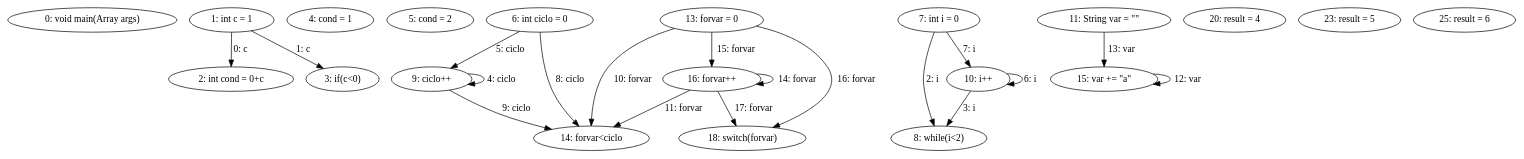
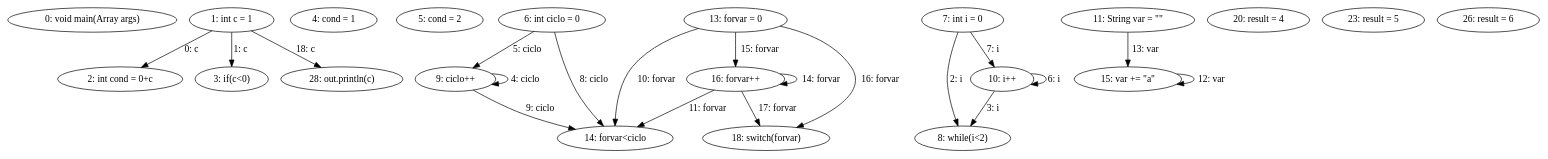
Before and after one commit to DominguesGM/comp_astanalyze: the diagram in export/ast2_dfg.dot, drawn with Graphviz. The commit also changed 20 other files, not shown here.

```diff
--- a/export/ast2_dfg.dot
+++ b/export/ast2_dfg.dot
@@ -1,40 +1,42 @@
 digraph G {
   1 [ label="0: void main(Array args)" ];
   2 [ label="1: int c = 1" ];
   3 [ label="2: int cond = 0+c" ];
   4 [ label="3: if(c<0)" ];
   5 [ label="4: cond = 1" ];
   6 [ label="5: cond = 2" ];
   7 [ label="6: int ciclo = 0" ];
   8 [ label="7: int i = 0" ];
   9 [ label="8: while(i<2)" ];
   10 [ label="9: ciclo++" ];
   11 [ label="10: i++" ];
   12 [ label="11: String var = \"\"" ];
   13 [ label="13: forvar = 0" ];
   14 [ label="14: forvar<ciclo" ];
   15 [ label="15: var += \"a\"" ];
   16 [ label="16: forvar++" ];
   17 [ label="18: switch(forvar)" ];
   18 [ label="20: result = 4" ];
   19 [ label="23: result = 5" ];
-  20 [ label="25: result = 6" ];
+  20 [ label="26: result = 6" ];
+  21 [ label="28: out.println(c)" ];
   2 -> 3 [ label="0: c" ];
   2 -> 4 [ label="1: c" ];
   8 -> 9 [ label="2: i" ];
   11 -> 9 [ label="3: i" ];
   10 -> 10 [ label="4: ciclo" ];
   7 -> 10 [ label="5: ciclo" ];
   11 -> 11 [ label="6: i" ];
   8 -> 11 [ label="7: i" ];
   7 -> 14 [ label="8: ciclo" ];
   10 -> 14 [ label="9: ciclo" ];
   13 -> 14 [ label="10: forvar" ];
   16 -> 14 [ label="11: forvar" ];
   15 -> 15 [ label="12: var" ];
   12 -> 15 [ label="13: var" ];
   16 -> 16 [ label="14: forvar" ];
   13 -> 16 [ label="15: forvar" ];
   13 -> 17 [ label="16: forvar" ];
   16 -> 17 [ label="17: forvar" ];
+  2 -> 21 [ label="18: c" ];
 }
```
